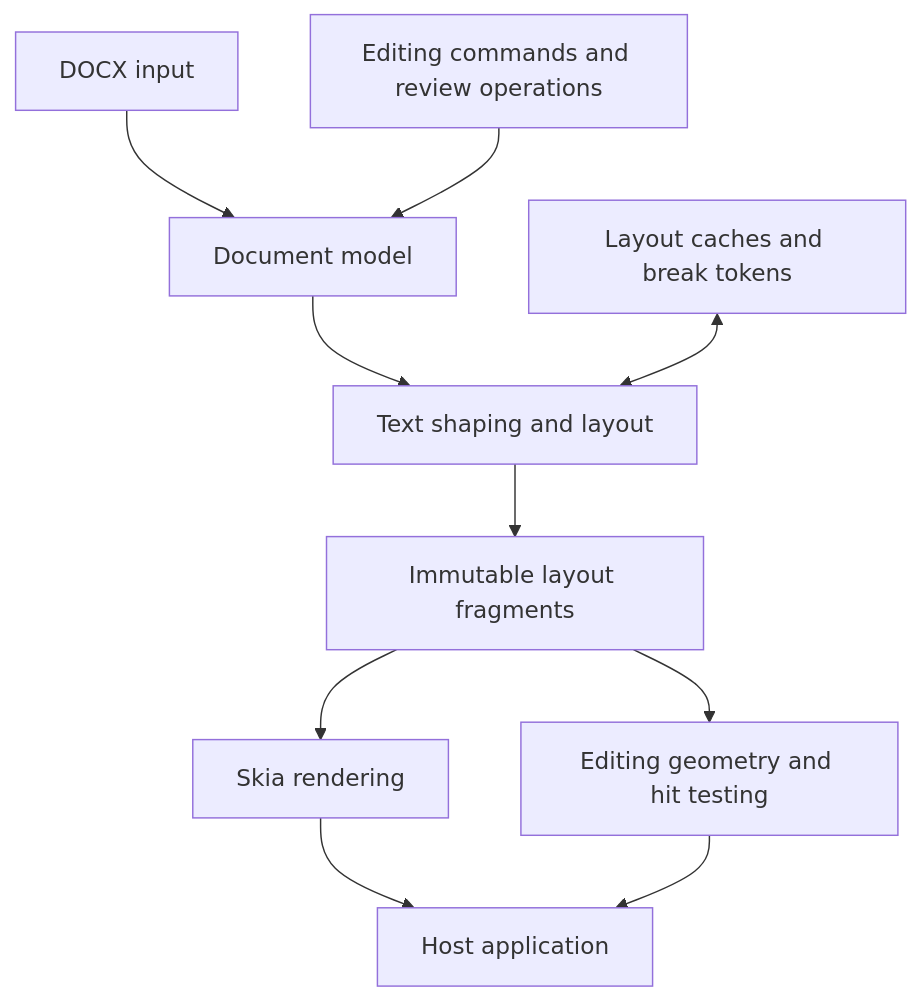
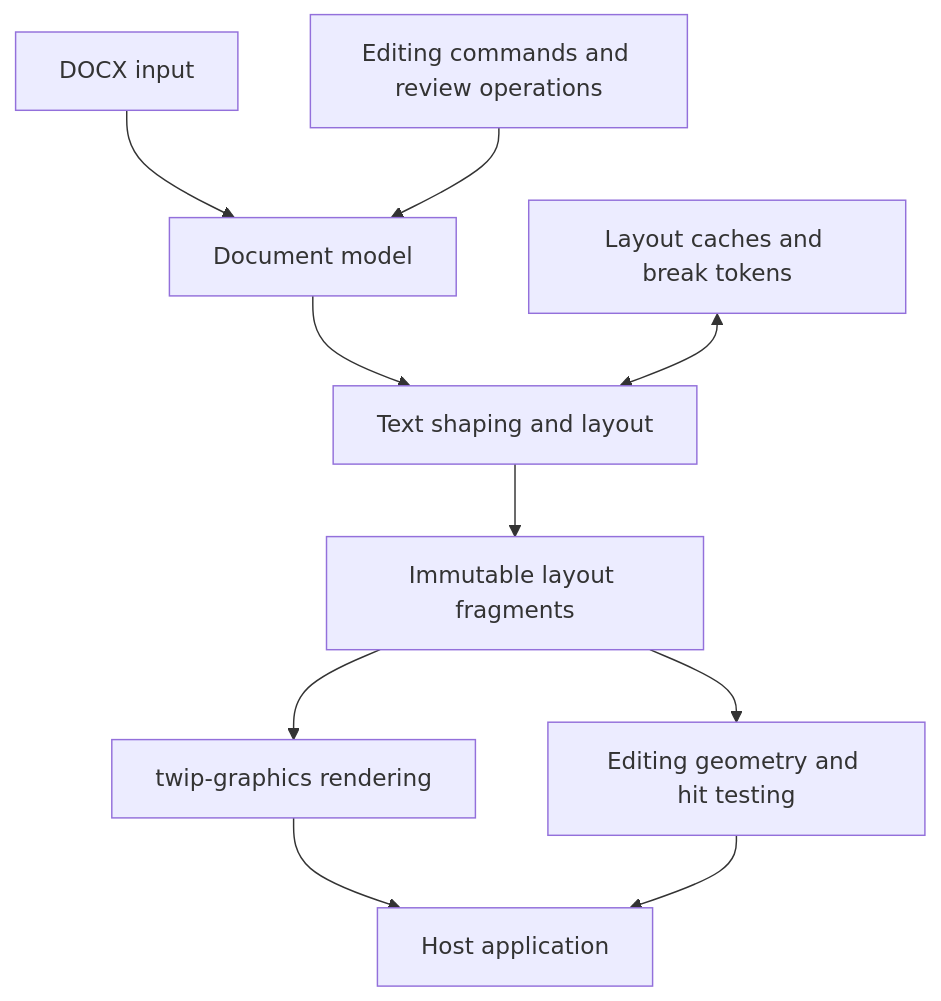
Before and after one commit to jaxcksn/twip: the first of 3 diagrams in docs/docs/architecture.mdx, drawn with Mermaid. The commit also changed other lines of this file and 34 other files, not shown here.

Commit message:
docs: update to twip-graphics

````diff
--- a/docs/docs/architecture.mdx
+++ b/docs/docs/architecture.mdx
@@ -17,12 +17,12 @@
 ```mermaid
 flowchart TD
     A[DOCX input] --> B[Document model]
     C[Editing commands and review operations] --> B
     B --> D[Text shaping and layout]
     D --> E[Immutable layout fragments]
-    E --> F[Skia rendering]
+    E --> F[twip-graphics rendering]
     E --> G[Editing geometry and hit testing]
     F --> H[Host application]
     G --> H
     I[Layout caches and break tokens] <--> D
 ```
````
